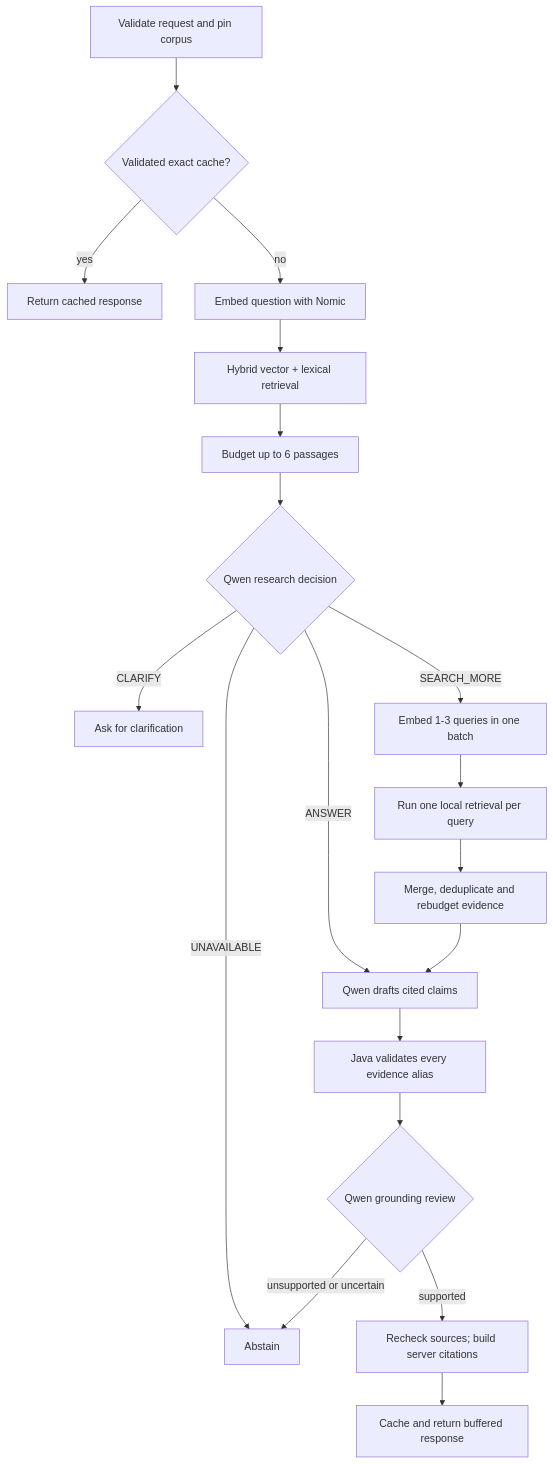
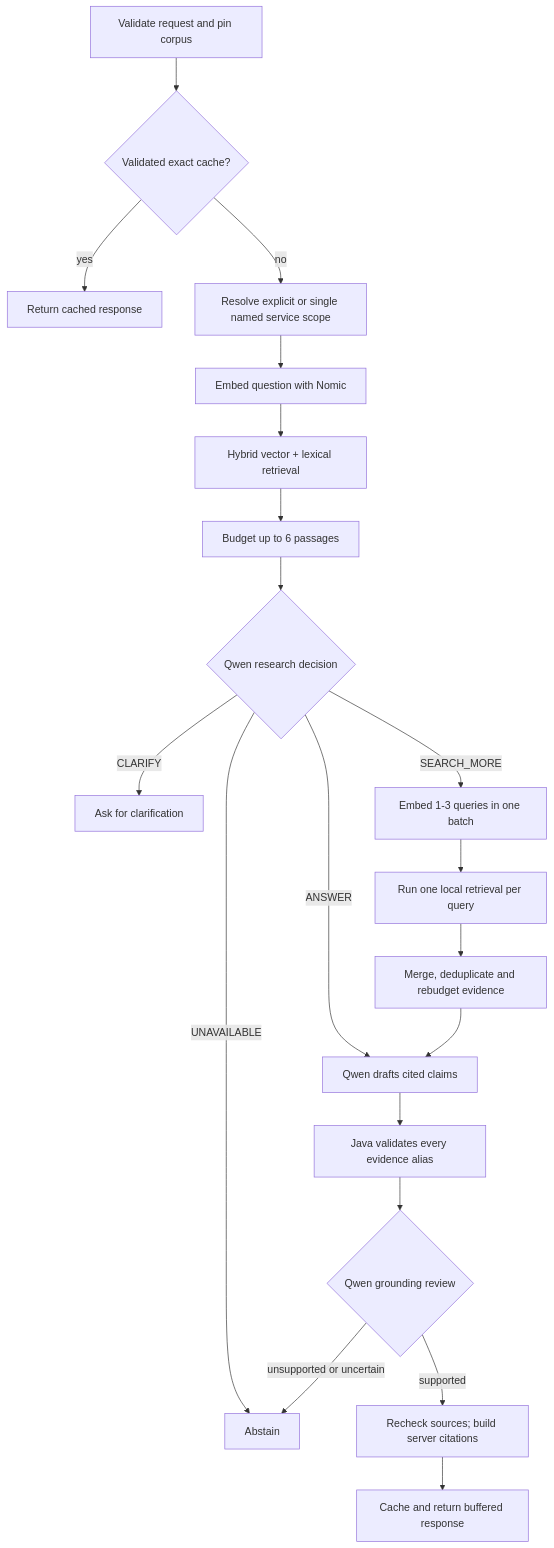
Before and after one commit to arpanc7/aws-tech-support-agent: the third of 4 diagrams in docs/design.md, drawn with Mermaid. The commit also changed other lines of this file and 12 other files, not shown here.

Commit message:
fix: answer explicitly named service questions

````diff
--- a/docs/design.md
+++ b/docs/design.md
@@ -52,21 +52,22 @@
 ```mermaid
 flowchart TD
     A[Validate request and pin corpus] --> B{Validated exact cache?}
     B -->|yes| Z[Return cached response]
-    B -->|no| C[Embed question with Nomic]
+    B -->|no| S[Resolve explicit or single named service scope]
+    S --> C[Embed question with Nomic]
     C --> D[Hybrid vector + lexical retrieval]
     D --> E[Budget up to 6 passages]
     E --> F{Qwen research decision}
     F -->|CLARIFY| G[Ask for clarification]
     F -->|UNAVAILABLE| H[Abstain]
     F -->|ANSWER| J[Qwen drafts cited claims]
     F -->|SEARCH_MORE| I[Embed 1-3 queries in one batch]
     I --> K[Run one local retrieval per query]
     K --> L[Merge, deduplicate and rebudget evidence]
     L --> J
     J --> M[Java validates every evidence alias]
     M --> N{Qwen grounding review}
     N -->|supported| O[Recheck sources; build server citations]
     N -->|unsupported or uncertain| H
     O --> P[Cache and return buffered response]
 ```
````
